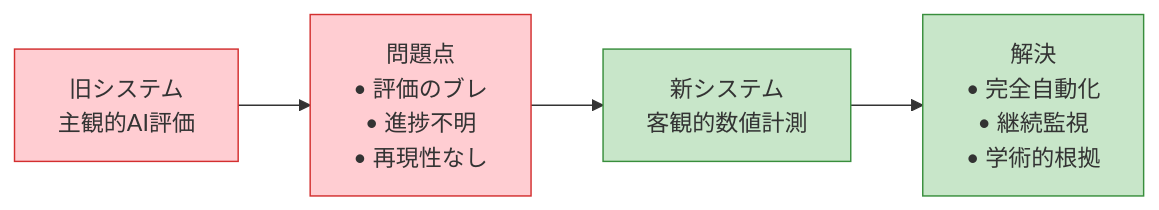
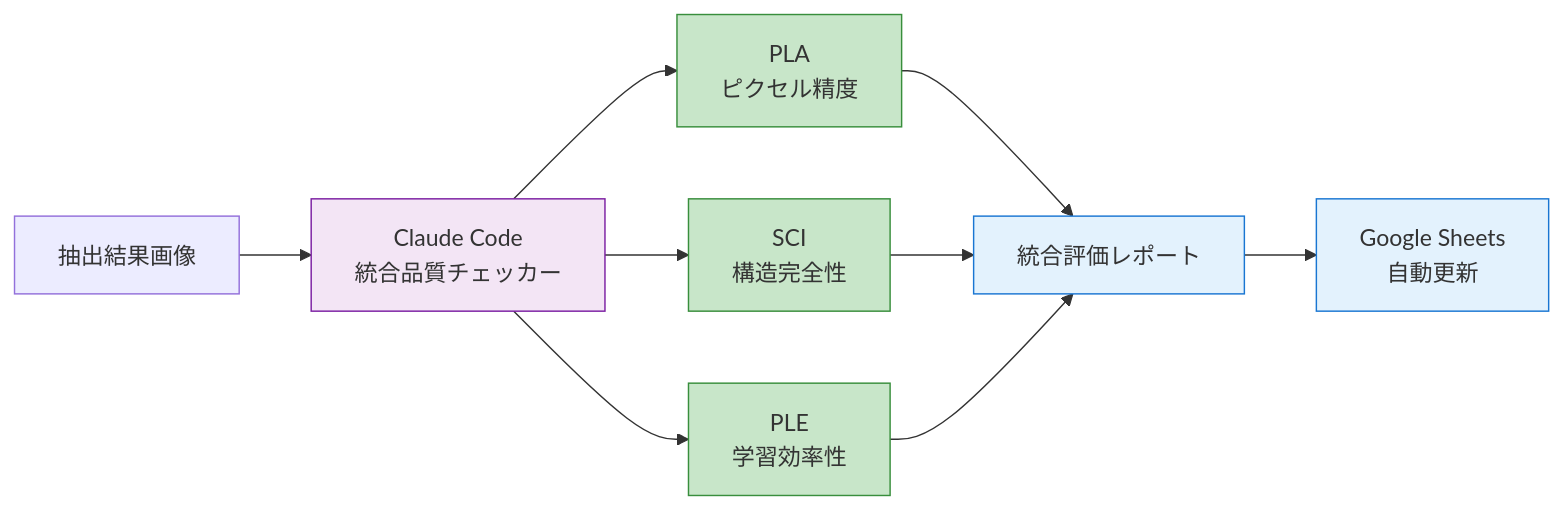
One commit to miyashita337/segment-anything changed the first of 2 diagrams in docs/workflows/automated_evaluation_framework.md. Above: the diagram before and after it, drawn with Mermaid. The commit also changed other lines of this file and 55 other files, not shown here.

First line of the commit message:
feat: Add priority column (B) to Google Sheets and implement task ticketing system

````diff
--- a/docs/workflows/automated_evaluation_framework.md
+++ b/docs/workflows/automated_evaluation_framework.md
@@ -9,11 +9,20 @@
 ```mermaid
 flowchart LR
-    Old[旧システム<br/>主観的AI評価] --> Problems[問題点<br/>• 評価のブレ<br/>• 進捗不明<br/>• 再現性なし]
-    Problems --> New[新システム<br/>客観的数値計測]
-    New --> Solutions[解決<br/>• 完全自動化<br/>• 継続監視<br/>• 学術的根拠]
+    Input[抽出結果画像] --> Analysis[Claude Code<br/>統合品質チェッカー]
+    Analysis --> PLA[PLA<br/>ピクセル精度]
+    Analysis --> SCI[SCI<br/>構造完全性]
+    Analysis --> PLE[PLE<br/>学習効率性]
     
-    classDef old fill:#ffcdd2,stroke:#d32f2f
-    classDef new fill:#c8e6c9,stroke:#388e3c
-    class Old,Problems old
-    class New,Solutions new
+    PLA --> Report[統合評価レポート]
+    SCI --> Report
+    PLE --> Report
+    Report --> Sheets[Google Sheets<br/>自動更新]
+    
+    classDef claude fill:#f3e5f5,stroke:#7b1fa2
+    classDef metrics fill:#c8e6c9,stroke:#388e3c
+    classDef output fill:#e3f2fd,stroke:#1976d2
+    
+    class Analysis claude
+    class PLA,SCI,PLE metrics
+    class Report,Sheets output
 ```
````
